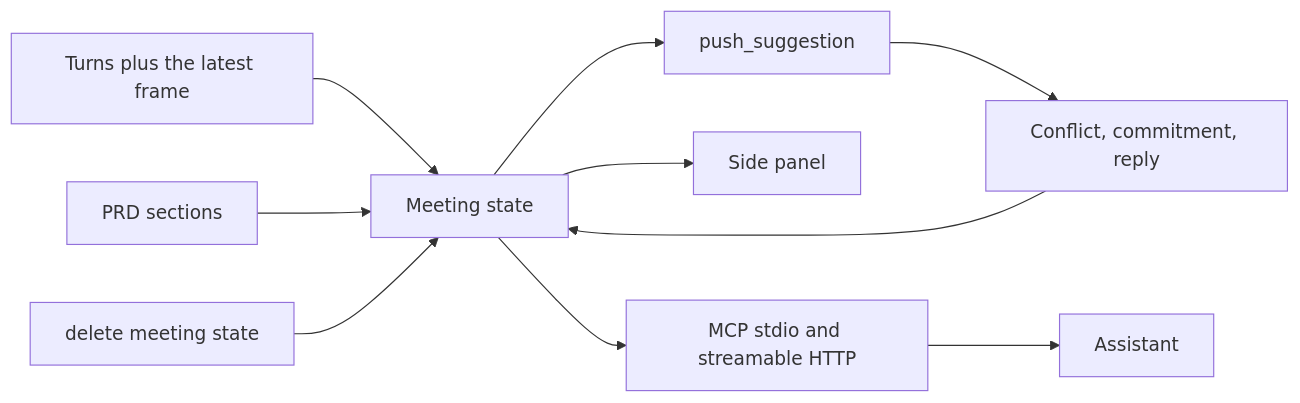
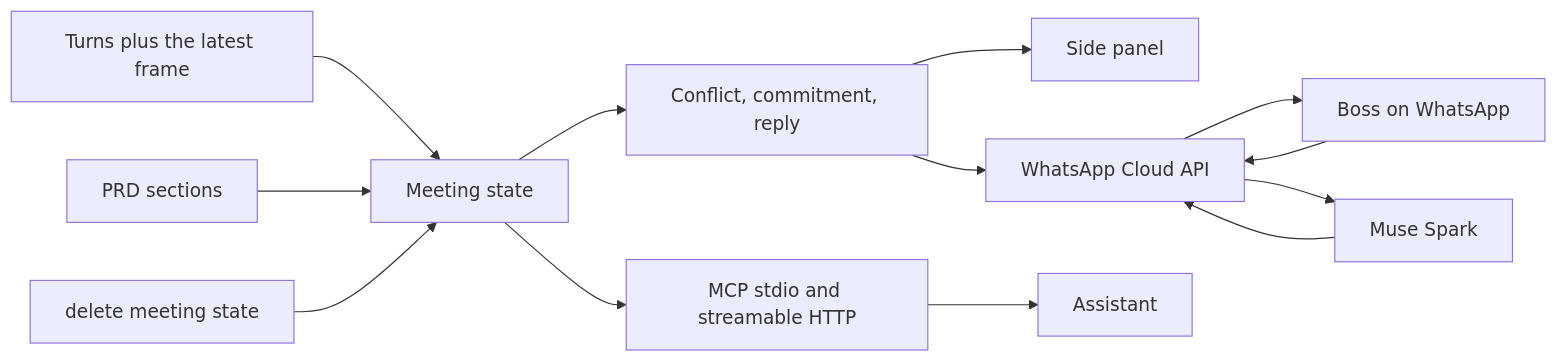
The diagram in README.md (vincentperezzz/escort), drawn with Mermaid before and after one commit. The commit also changed other lines of this file and 17 other files, not shown here.

First line of the commit message:
Add a WhatsApp Cloud API phone line for Escort.

````diff
--- a/README.md
+++ b/README.md
@@ -19,12 +19,15 @@
 ```mermaid
 flowchart LR
   Feed[Turns plus the latest frame] --> State[Meeting state]
   PRD[PRD sections] --> State
-  State --> Push[push_suggestion]
-  Push --> Cards[Conflict, commitment, reply]
-  Cards --> State
-  State --> Panel[Side panel]
+  State --> Cards[Conflict, commitment, reply]
+  Cards --> Panel[Side panel]
+  Cards --> WA[WhatsApp Cloud API]
+  WA --> Phone[Boss on WhatsApp]
+  Phone --> WA
+  WA --> Muse[Muse Spark]
+  Muse --> WA
   State --> MCP[MCP stdio and streamable HTTP]
   MCP --> Brain[Assistant]
   Delete[delete meeting state] --> State
 ```
````
